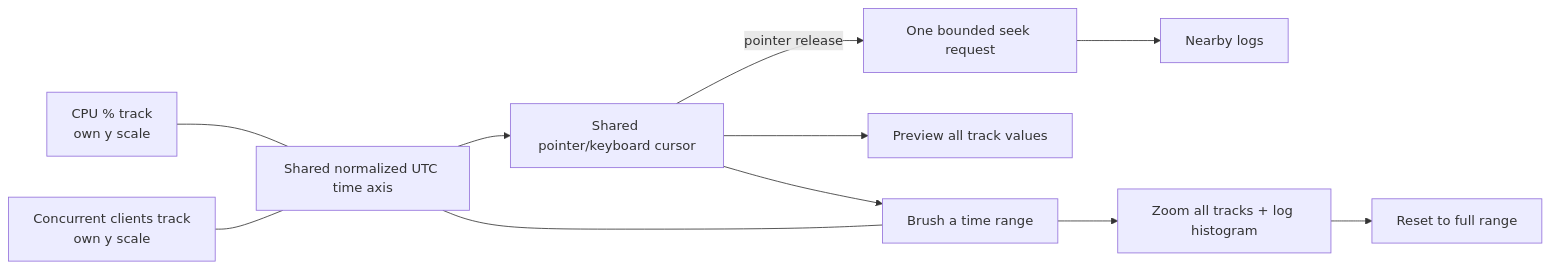
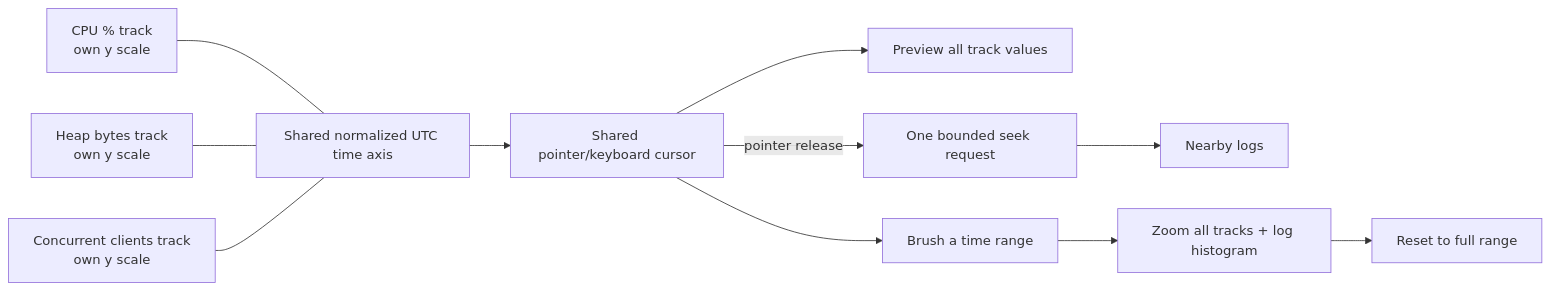
Before and after one commit to chriscase/ContextDesk: the diagram in docs/design/OPERATIONAL_METRIC_TRACKS.md, drawn with Mermaid. The commit also changed other lines of this file, not shown here.

Commit message:
docs(logs): correct metric interaction flow (#702)

````diff
--- a/docs/design/OPERATIONAL_METRIC_TRACKS.md
+++ b/docs/design/OPERATIONAL_METRIC_TRACKS.md
@@ -16,13 +16,13 @@
 ```mermaid
 flowchart LR
   A["CPU % track<br/>own y scale"] --- T["Shared normalized UTC time axis"]
   B["Heap bytes track<br/>own y scale"] --- T
   C["Concurrent clients track<br/>own y scale"] --- T
   T --> P["Shared pointer/keyboard cursor"]
   P --> V["Preview all track values"]
   P -->|"pointer release"| S["One bounded seek request"]
   S --> L["Nearby logs"]
-  P --> B["Brush a time range"]
-  B --> Z["Zoom all tracks + log histogram"]
+  P --> BR["Brush a time range"]
+  BR --> Z["Zoom all tracks + log histogram"]
   Z --> R["Reset to full range"]
 ```
````
